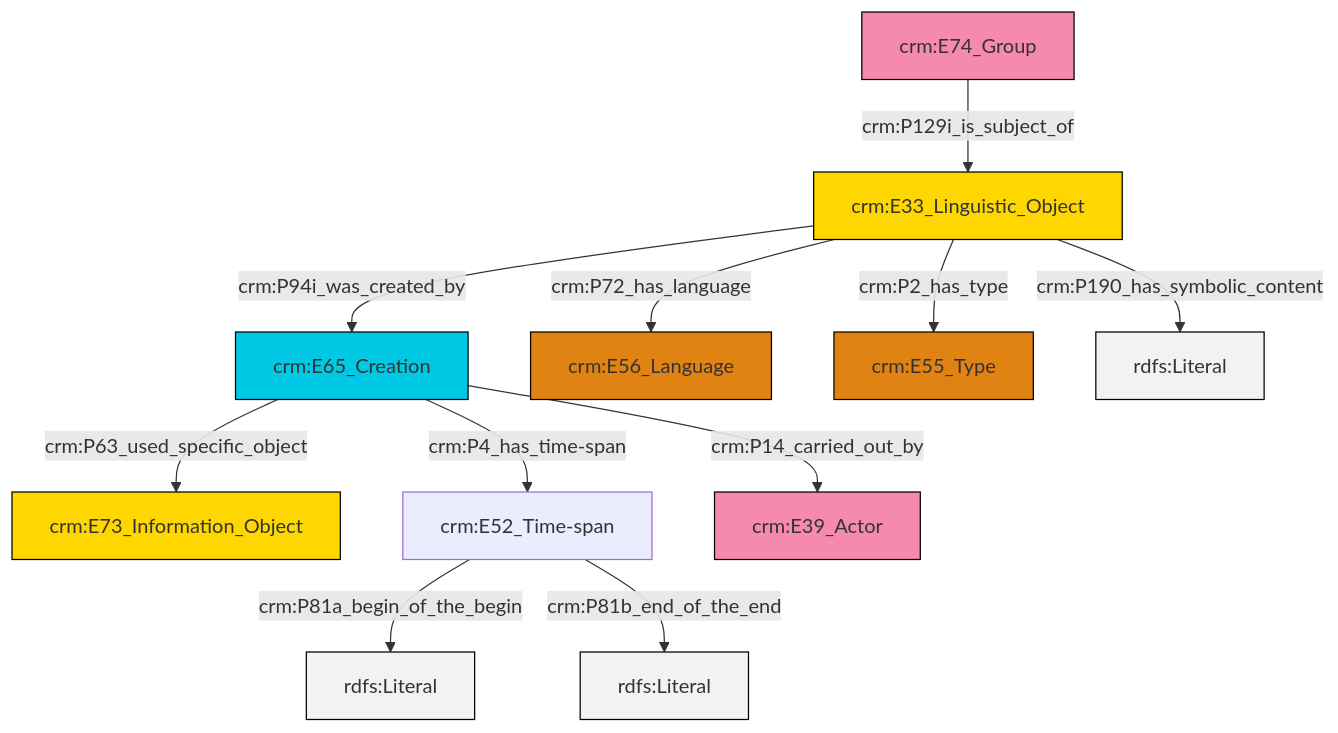
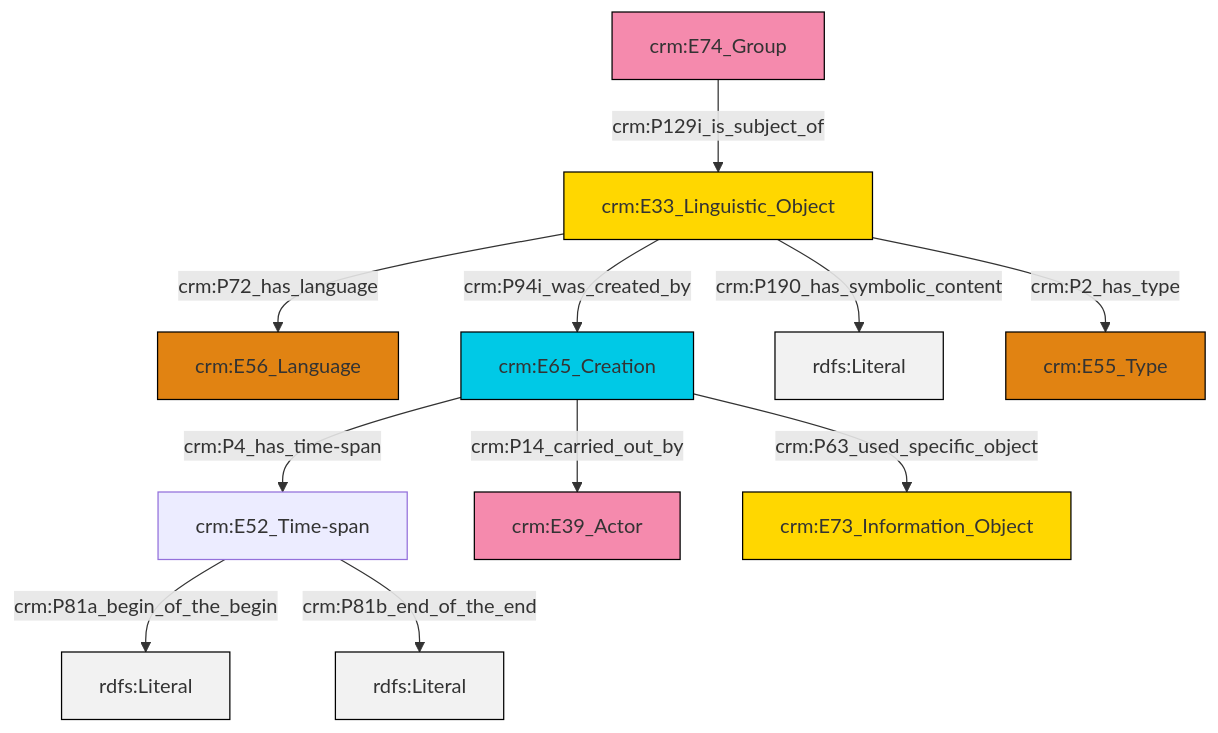
One commit to swiss-art-research-net/reference-data-models changed the diagram in et/groupCSV/ttl/mmd/group_description.ttl.mmd. Above: the diagram before and after it, drawn with Mermaid. The commit also changed 126 other files, not shown here.

```diff
--- a/et/groupCSV/ttl/mmd/group_description.ttl.mmd
+++ b/et/groupCSV/ttl/mmd/group_description.ttl.mmd
@@ -1,25 +1,25 @@
 graph TD
 classDef Literal fill:#f2f2f2,stroke:#000000;
 classDef CRM_Entity fill:#FFFFFF,stroke:#000000;
 classDef Temporal_Entity fill:#00C9E6, stroke:#000000;
 classDef Type fill:#E18312, stroke:#000000;
 classDef Time-Span fill:#2C9C91, stroke:#000000;
 classDef Appellation fill:#FFEB7F, stroke:#000000;
 classDef Place fill:#008836, stroke:#000000;
 classDef Persistent_Item fill:#B266B2, stroke:#000000;
 classDef Conceptual_Object fill:#FFD700, stroke:#000000;
 classDef Physical_Thing fill:#D2B48C, stroke:#000000;
 classDef Actor fill:#f58aad, stroke:#000000;
 classDef PC_Classes fill:#4ce600, stroke:#000000;
 classDef Multi fill:#cccccc,stroke:#000000;
 
-4["crm:E52_Time-span"]:::Default -->|crm:P81a_begin_of_the_begin| 5[rdfs:Literal]:::Literal
-10["crm:E33_Linguistic_Object"]:::Conceptual_Object -->|crm:P72_has_language| 11["crm:E56_Language"]:::Type
-0["crm:E65_Creation"]:::Temporal_Entity -->|crm:P14_carried_out_by| 6["crm:E39_Actor"]:::Actor
-0["crm:E65_Creation"]:::Temporal_Entity -->|crm:P4_has_time-span| 4["crm:E52_Time-span"]:::Default
-4["crm:E52_Time-span"]:::Default -->|crm:P81b_end_of_the_end| 12[rdfs:Literal]:::Literal
-10["crm:E33_Linguistic_Object"]:::Conceptual_Object -->|crm:P2_has_type| 14["crm:E55_Type"]:::Type
-10["crm:E33_Linguistic_Object"]:::Conceptual_Object -->|crm:P94i_was_created_by| 0["crm:E65_Creation"]:::Temporal_Entity
-10["crm:E33_Linguistic_Object"]:::Conceptual_Object -->|crm:P190_has_symbolic_content| 16[rdfs:Literal]:::Literal
-0["crm:E65_Creation"]:::Temporal_Entity -->|crm:P63_used_specific_object| 2["crm:E73_Information_Object"]:::Conceptual_Object
-8["crm:E74_Group"]:::Actor -->|crm:P129i_is_subject_of| 10["crm:E33_Linguistic_Object"]:::Conceptual_Object
+0["crm:E33_Linguistic_Object"]:::Conceptual_Object -->|crm:P72_has_language| 1["crm:E56_Language"]:::Type
+2["crm:E52_Time-span"]:::Default -->|crm:P81a_begin_of_the_begin| 3[rdfs:Literal]:::Literal
+5["crm:E65_Creation"]:::Temporal_Entity -->|crm:P14_carried_out_by| 6["crm:E39_Actor"]:::Actor
+5["crm:E65_Creation"]:::Temporal_Entity -->|crm:P63_used_specific_object| 7["crm:E73_Information_Object"]:::Conceptual_Object
+0["crm:E33_Linguistic_Object"]:::Conceptual_Object -->|crm:P190_has_symbolic_content| 9[rdfs:Literal]:::Literal
+0["crm:E33_Linguistic_Object"]:::Conceptual_Object -->|crm:P94i_was_created_by| 5["crm:E65_Creation"]:::Temporal_Entity
+5["crm:E65_Creation"]:::Temporal_Entity -->|crm:P4_has_time-span| 2["crm:E52_Time-span"]:::Default
+11["crm:E74_Group"]:::Actor -->|crm:P129i_is_subject_of| 0["crm:E33_Linguistic_Object"]:::Conceptual_Object
+0["crm:E33_Linguistic_Object"]:::Conceptual_Object -->|crm:P2_has_type| 12["crm:E55_Type"]:::Type
+2["crm:E52_Time-span"]:::Default -->|crm:P81b_end_of_the_end| 17[rdfs:Literal]:::Literal
```
